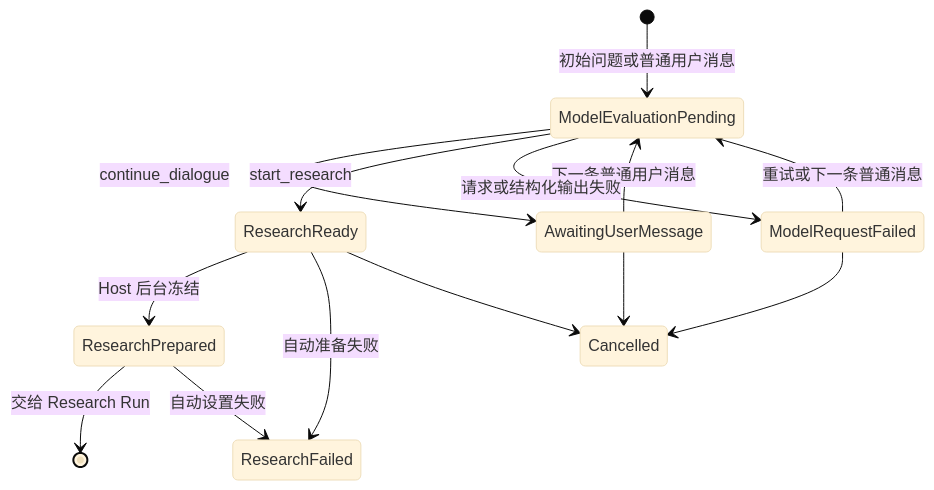
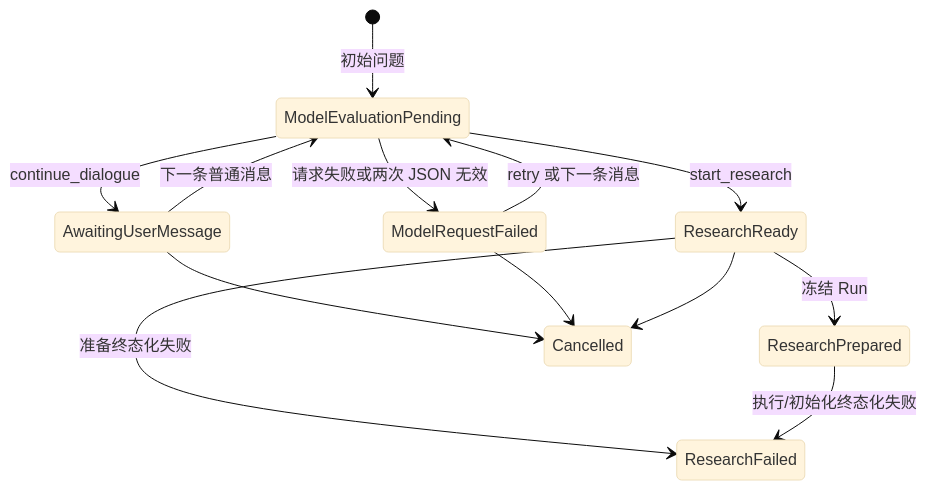
Before and after one commit to SuperCatQR/traceable-research-runtime: the second of 4 diagrams in docs/web-search-architecture.md, drawn with Mermaid (base theme). The commit also changed other lines of this file and 28 other files, not shown here.

````diff
--- a/docs/web-search-architecture.md
+++ b/docs/web-search-architecture.md
@@ -121,16 +254,15 @@
 ```mermaid
 stateDiagram-v2
-    [*] --> ModelEvaluationPending: 初始问题或普通用户消息
+    [*] --> ModelEvaluationPending: 初始问题
     ModelEvaluationPending --> AwaitingUserMessage: continue_dialogue
-    AwaitingUserMessage --> ModelEvaluationPending: 下一条普通用户消息
+    AwaitingUserMessage --> ModelEvaluationPending: 下一条普通消息
     ModelEvaluationPending --> ResearchReady: start_research
-        ResearchReady --> ResearchPrepared: Host 后台冻结
-    ResearchReady --> ResearchFailed: 自动准备失败
-    ResearchPrepared --> [*]: 交给 Research Run
-    ResearchPrepared --> ResearchFailed: 自动设置失败
-    ModelEvaluationPending --> ModelRequestFailed: 请求或结构化输出失败
-    ModelRequestFailed --> ModelEvaluationPending: 重试或下一条普通消息
+    ModelEvaluationPending --> ModelRequestFailed: 请求失败或两次 JSON 无效
+    ModelRequestFailed --> ModelEvaluationPending: retry 或下一条消息
+    ResearchReady --> ResearchPrepared: 冻结 Run
+    ResearchReady --> ResearchFailed: 准备终态化失败
+    ResearchPrepared --> ResearchFailed: 执行/初始化终态化失败
     AwaitingUserMessage --> Cancelled
     ModelRequestFailed --> Cancelled
     ResearchReady --> Cancelled
 ```
````
